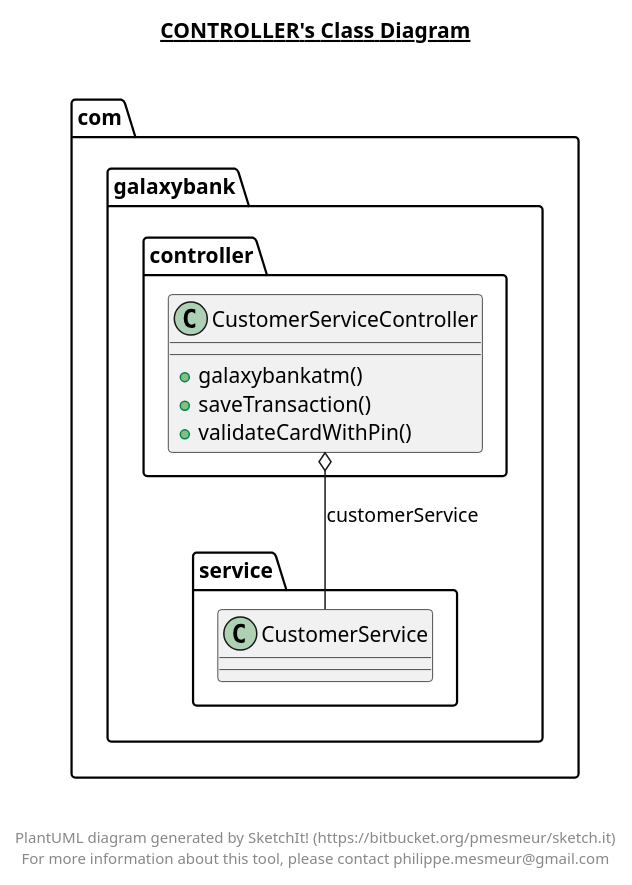
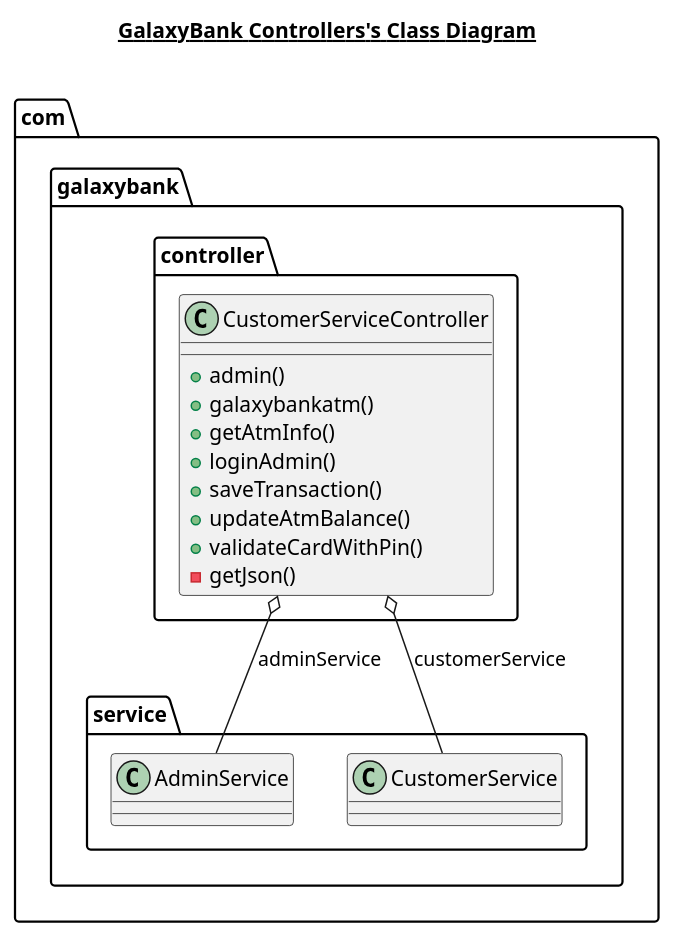
Before and after one commit to josecmarcucci005/galaxybank-atm: the diagram in src/main/java/com/galaxybank/controller/controller.plantuml, drawn with PlantUML. The commit also changed 5 other files, not shown here.

Commit message:
adding final uml diagrams

```diff
--- a/src/main/java/com/galaxybank/controller/controller.plantuml
+++ b/src/main/java/com/galaxybank/controller/controller.plantuml
@@ -1,26 +1,23 @@
 @startuml
 
-title __CONTROLLER's Class Diagram__\n
+title __GalaxyBank Controllers's Class Diagram__\n
 
-  namespace com.galaxybank {
-    namespace controller {
+  namespace com.galaxybank.controller {
       class com.galaxybank.controller.CustomerServiceController {
+          + admin()
           + galaxybankatm()
+          + getAtmInfo()
+          + loginAdmin()
           + saveTransaction()
+          + updateAtmBalance()
           + validateCardWithPin()
+          - getJson()
       }
-    }
   }
   
 
+  com.galaxybank.controller.CustomerServiceController o-- com.galaxybank.service.AdminService : adminService
   com.galaxybank.controller.CustomerServiceController o-- com.galaxybank.service.CustomerService : customerService
 
 
-right footer
-
-
-PlantUML diagram generated by SketchIt! (https://bitbucket.org/pmesmeur/sketch.it)
-For more information about this tool, please contact philippe.mesmeur@gmail.com
-endfooter
-
 @enduml
```
